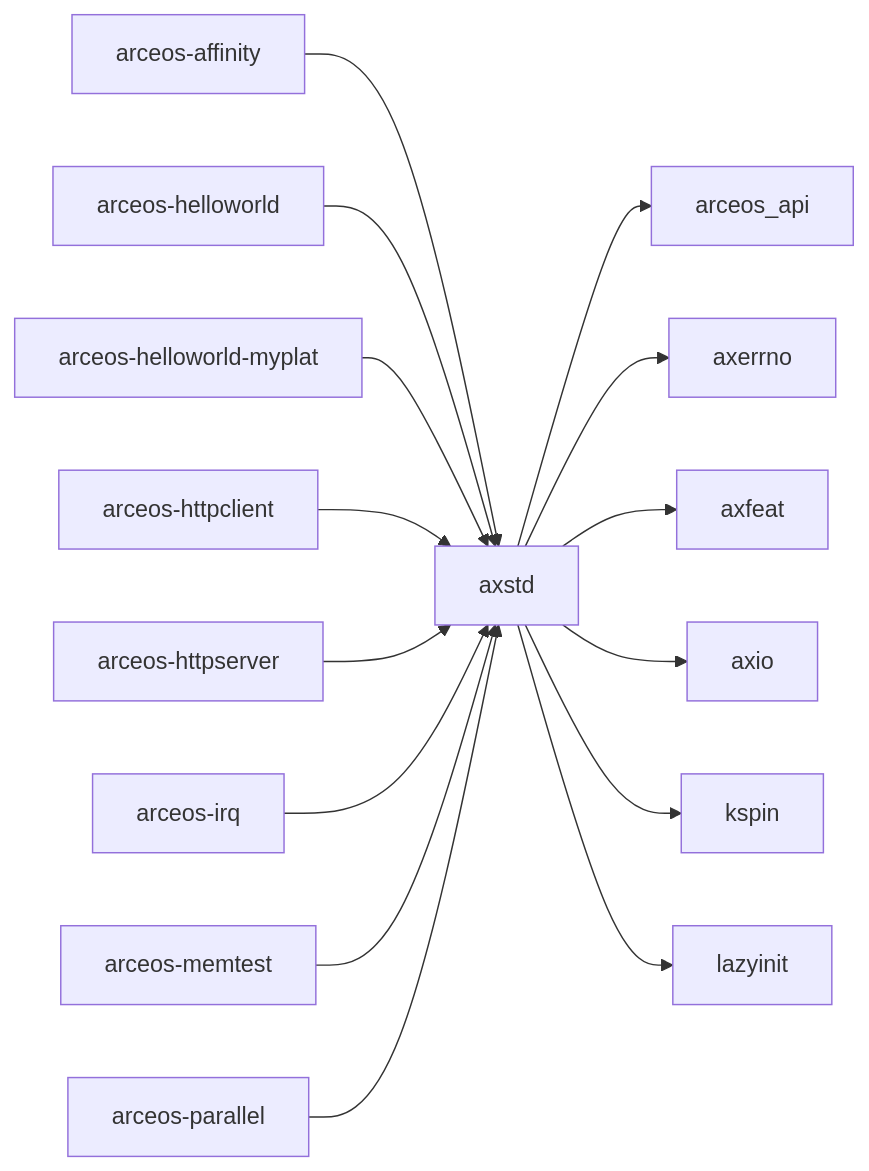
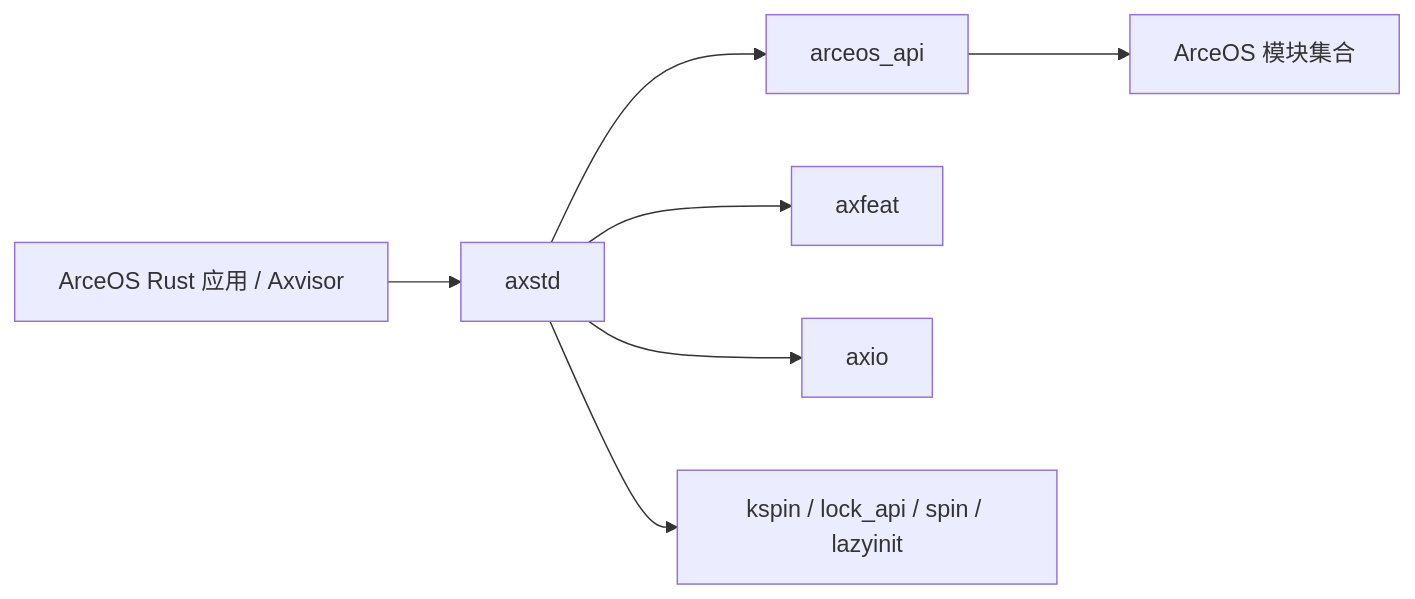
One commit to rcore-os/tgoskits changed the second of 2 diagrams in docs/crates/axstd.md. Above: the diagram before and after it, drawn with Mermaid. The commit also changed other lines of this file and 99 other files, not shown here.

````diff
--- a/docs/crates/axstd.md
+++ b/docs/crates/axstd.md
@@ -40,18 +101,9 @@
 ```mermaid
 graph LR
-    current["axstd"]
-    current --> arceos_api["arceos_api"]
-    current --> axerrno["axerrno"]
-    current --> axfeat["axfeat"]
-    current --> axio["axio"]
-    current --> kspin["kspin"]
-    current --> lazyinit["lazyinit"]
-    arceos_affinity["arceos-affinity"] --> current
-    arceos_helloworld["arceos-helloworld"] --> current
-    arceos_helloworld_myplat["arceos-helloworld-myplat"] --> current
-    arceos_httpclient["arceos-httpclient"] --> current
-    arceos_httpserver["arceos-httpserver"] --> current
-    arceos_irq["arceos-irq"] --> current
-    arceos_memtest["arceos-memtest"] --> current
-    arceos_parallel["arceos-parallel"] --> current
+    app["ArceOS Rust 应用 / Axvisor"] --> axstd["axstd"]
+    axstd --> api["arceos_api"]
+    axstd --> axfeat["axfeat"]
+    axstd --> axio["axio"]
+    axstd --> sync["kspin / lock_api / spin / lazyinit"]
+    api --> mods["ArceOS 模块集合"]
 ```
````
